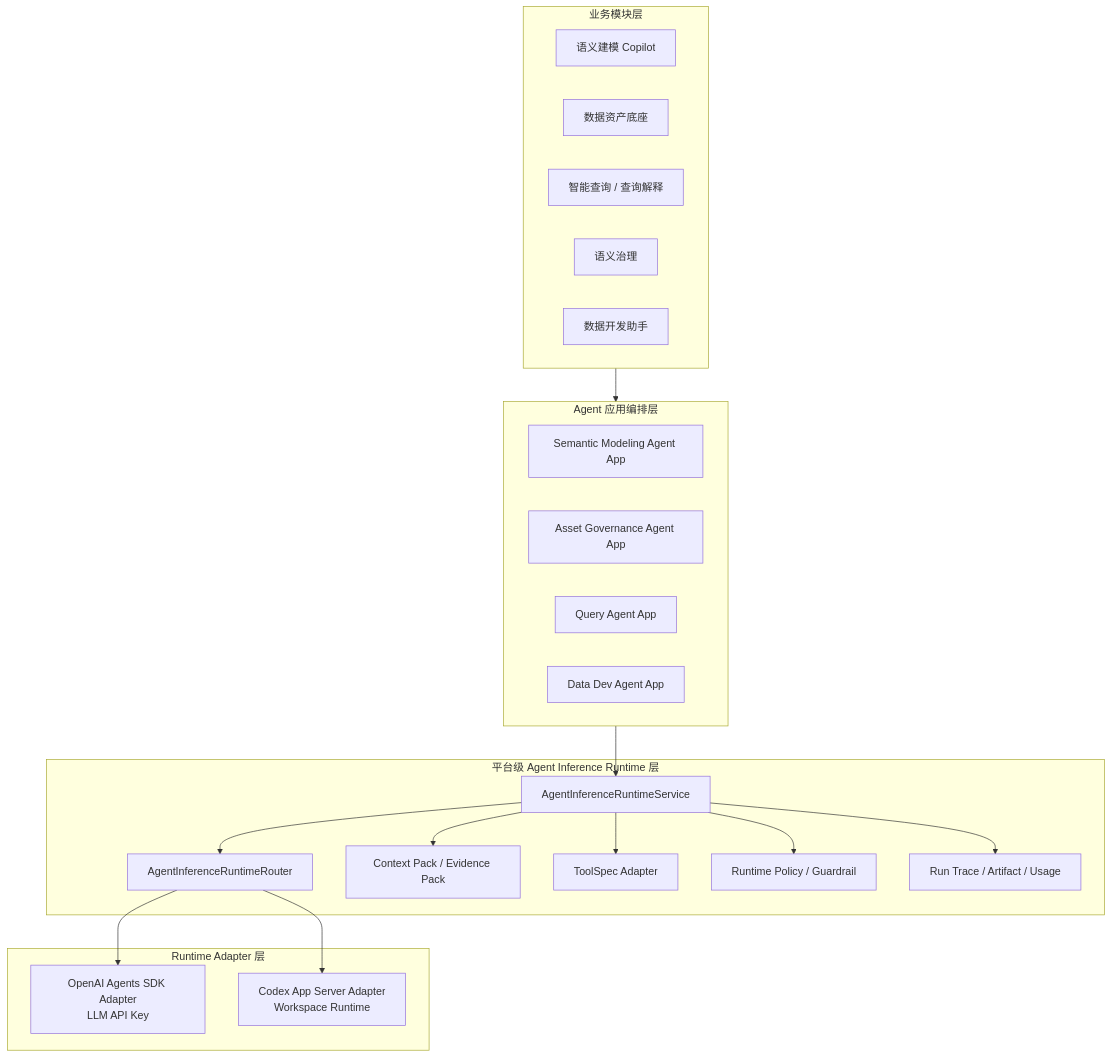
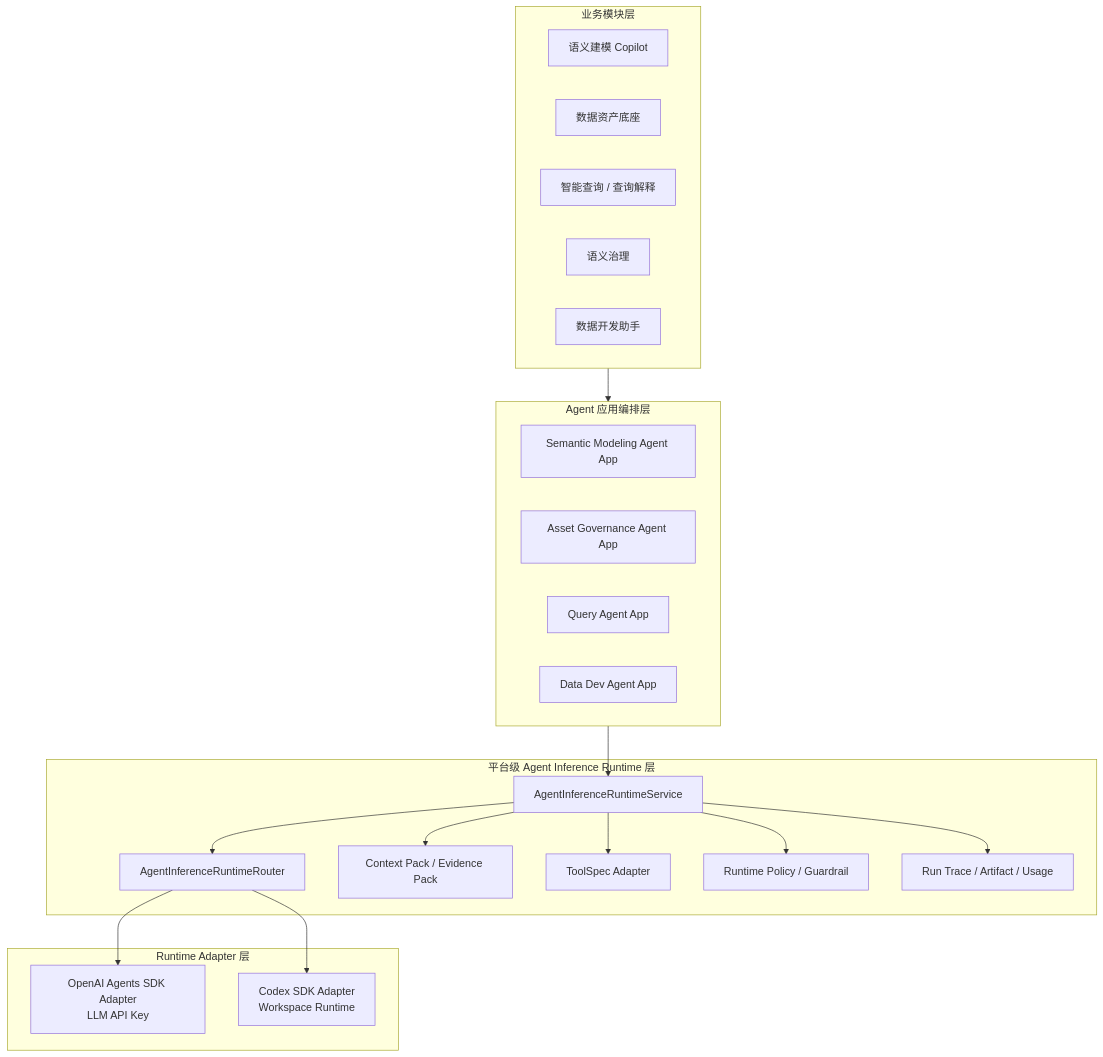
One commit to xza-m/cubic3-data-platform changed the first of 3 diagrams in docs/architecture/agent-runtime-platform.md. Above: the diagram before and after it, drawn with Mermaid. The commit also changed other lines of this file and 48 other files, not shown here.

Commit message:
feat: switch agent runtime to codex sdk

````diff
--- a/docs/architecture/agent-runtime-platform.md
+++ b/docs/architecture/agent-runtime-platform.md
@@ -102,41 +102,41 @@
 ```mermaid
 flowchart TD
   subgraph Modules["业务模块层"]
     Semantic["语义建模 Copilot"]
     Assets["数据资产底座"]
     Query["智能查询 / 查询解释"]
     Governance["语义治理"]
     Dev["数据开发助手"]
   end
 
   subgraph AgentApps["Agent 应用编排层"]
     SemanticApp["Semantic Modeling Agent App"]
     AssetApp["Asset Governance Agent App"]
     QueryApp["Query Agent App"]
     DevApp["Data Dev Agent App"]
   end
 
   subgraph Runtime["平台级 Agent Inference Runtime 层"]
     RuntimeService["AgentInferenceRuntimeService"]
     Router["AgentInferenceRuntimeRouter"]
     Context["Context Pack / Evidence Pack"]
     Tools["ToolSpec Adapter"]
     Policy["Runtime Policy / Guardrail"]
     Trace["Run Trace / Artifact / Usage"]
   end
 
   subgraph Adapters["Runtime Adapter 层"]
     OpenAI["OpenAI Agents SDK Adapter<br/>LLM API Key"]
-    Codex["Codex App Server Adapter<br/>Workspace Runtime"]
+    Codex["Codex SDK Adapter<br/>Workspace Runtime"]
   end
 
   Modules --> AgentApps
   AgentApps --> RuntimeService
   RuntimeService --> Router
   RuntimeService --> Context
   RuntimeService --> Tools
   RuntimeService --> Policy
   RuntimeService --> Trace
   Router --> OpenAI
   Router --> Codex
 ```
````
